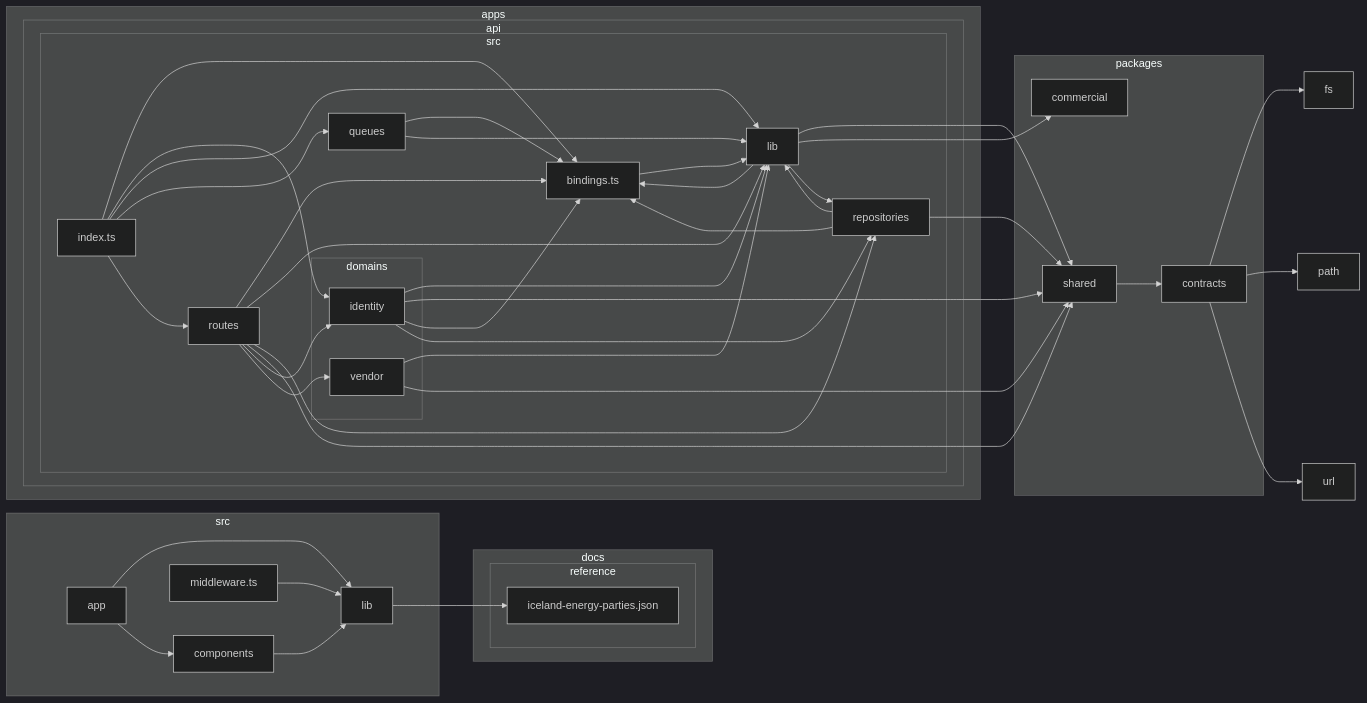
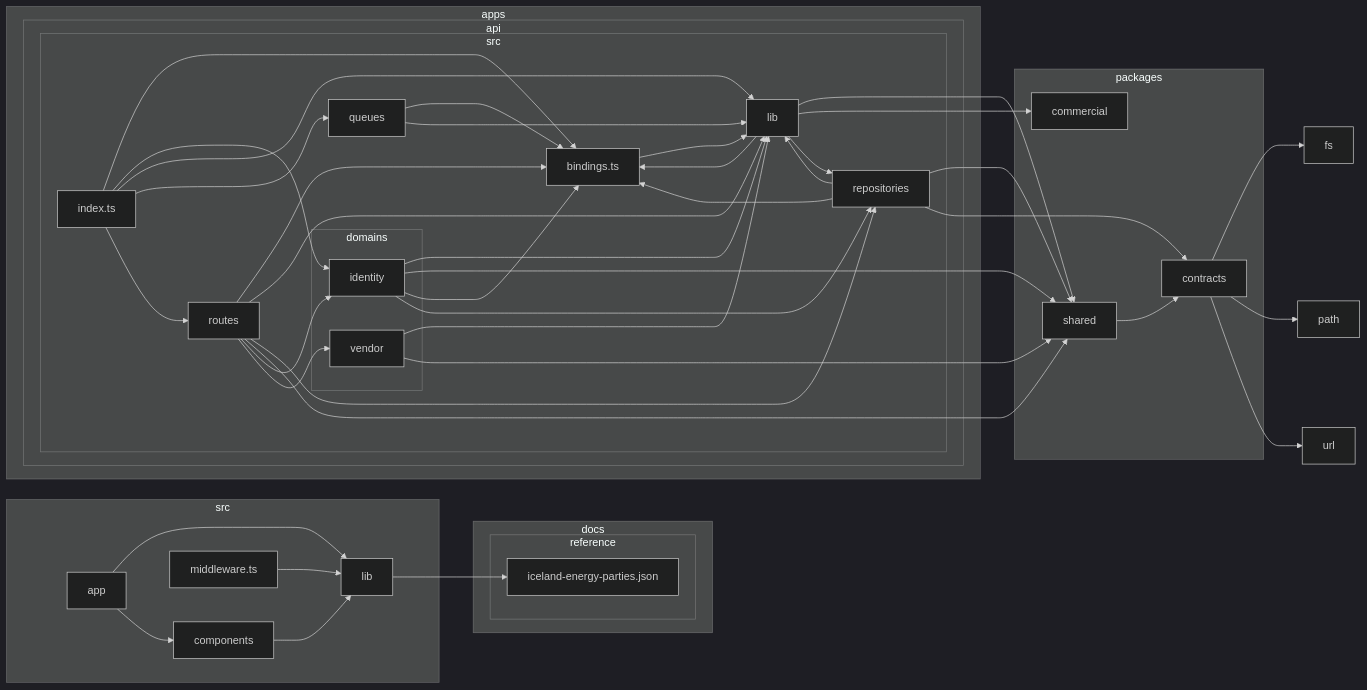
Before and after one commit to andri187/Straumvakt: the diagram in docs/architecture/dependency-graph.md, drawn with Mermaid (dark theme). The commit also changed 159 other files, not shown here.

````diff
--- a/docs/architecture/dependency-graph.md
+++ b/docs/architecture/dependency-graph.md
@@ -25,75 +25,76 @@
 ```mermaid
 flowchart LR
 
 subgraph 0["apps"]
 subgraph 1["api"]
 subgraph 2["src"]
 3["bindings.ts"]
 subgraph 4["domains"]
 5["identity"]
 6["vendor"]
 end
 7["index.ts"]
 8["lib"]
 9["queues"]
 A["repositories"]
 B["routes"]
 end
 end
 end
 subgraph C["docs"]
 subgraph D["reference"]
 E["iceland-energy-parties.json"]
 end
 end
 F["fs"]
 subgraph G["packages"]
 H["commercial"]
 I["contracts"]
 J["shared"]
 end
 K["path"]
 subgraph L["src"]
 M["app"]
 N["components"]
 O["lib"]
 P["middleware.ts"]
 end
 Q["url"]
 3-->8
 5-->8
 5-->J
 5-->3
 5-->A
 6-->8
 6-->J
 7-->3
 7-->5
 7-->8
 7-->9
 7-->B
 8-->3
 8-->J
 8-->H
 8-->A
 9-->3
 9-->8
 A-->8
 A-->J
 A-->3
+A-->I
 B-->3
 B-->8
 B-->A
 B-->J
 B-->5
 B-->6
 I-->F
 I-->K
 I-->Q
 J-->I
 M-->O
 M-->N
 N-->O
 O-->E
 P-->O
 ```
````
